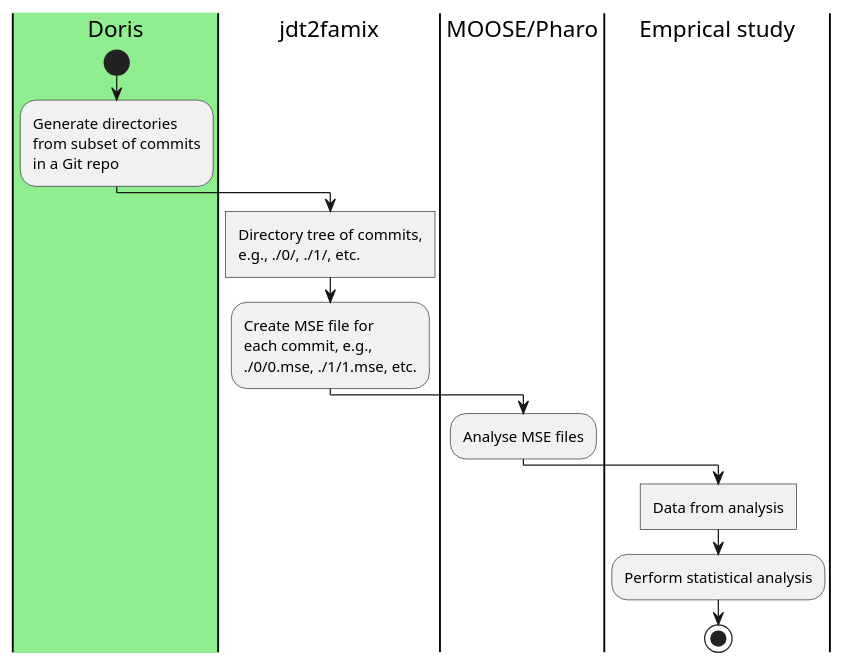
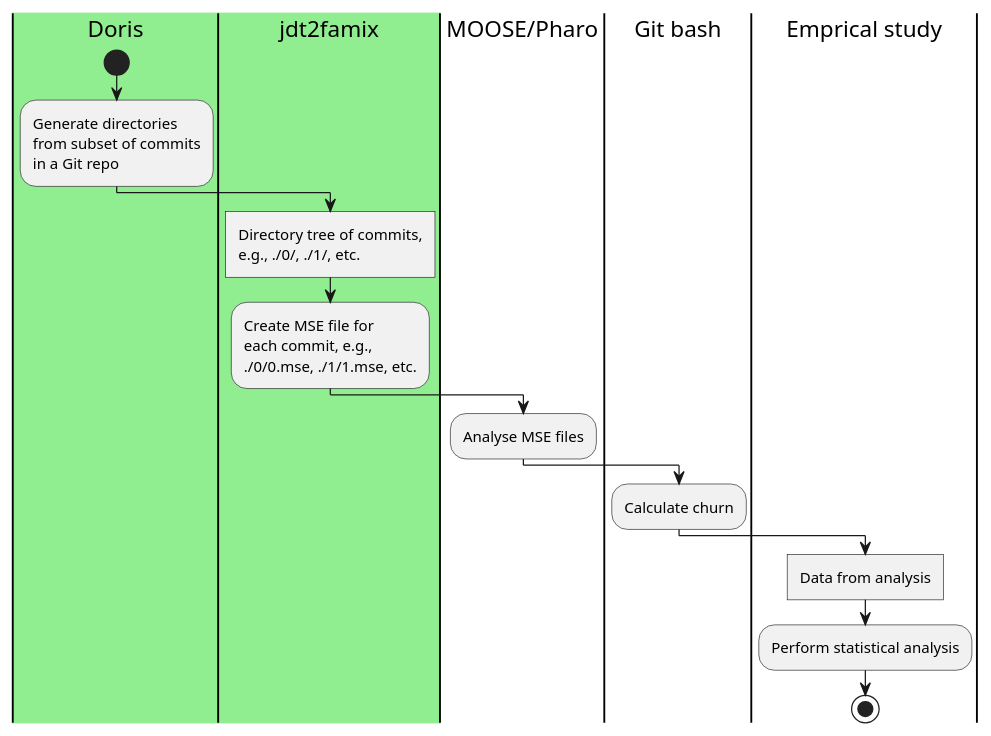
Before and after one commit to profcfuhrmanets/doris: the diagram in mooseMiningActivity.puml, drawn with PlantUML.

Commit message:
Show doris and jdt2famix same color, add churn step

```diff
--- a/mooseMiningActivity.puml
+++ b/mooseMiningActivity.puml
@@ -1,27 +1,30 @@
 @startuml
 
 |#lightgreen|Doris| 
 
 start
 
 :Generate directories 
 from subset of commits
 in a Git repo;
 
-|jdt2famix|
+|#lightgreen|jdt2famix|
 :Directory tree of commits, 
 e.g., ./0/, ./1/, etc.]
 :Create MSE file for 
 each commit, e.g., 
 ./0/0.mse, ./1/1.mse, etc.;
 
 |MOOSE/Pharo|
 :Analyse MSE files;
 
+|Git bash|
+:Calculate churn;
+
 |Emprical study|
 :Data from analysis]
 :Perform statistical analysis;
 
 stop
 
 @enduml
```
